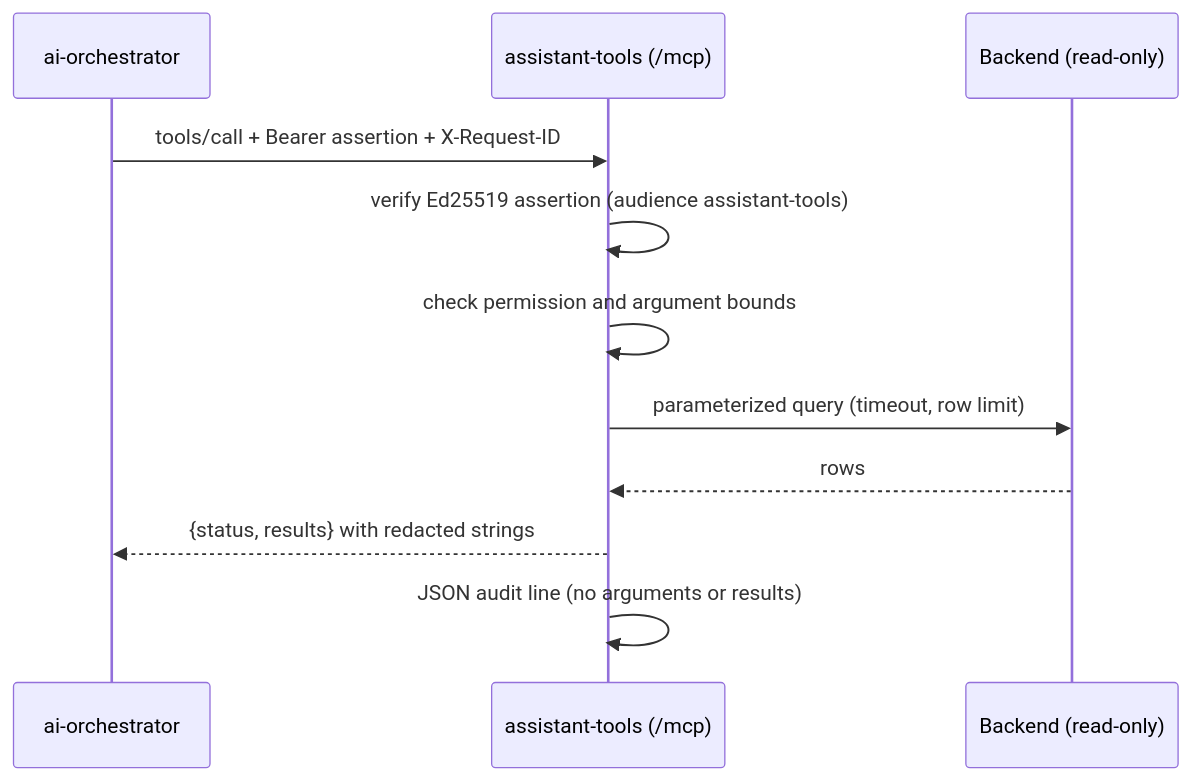
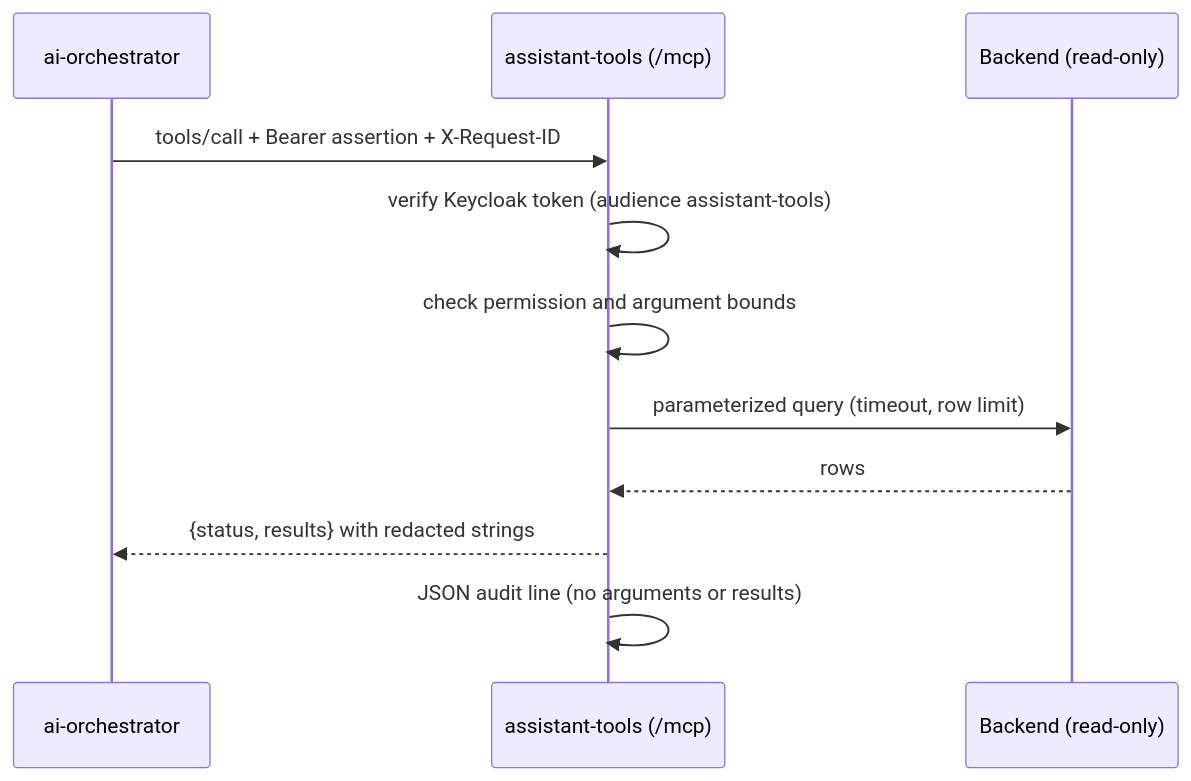
Before and after one commit to varunpathania86/realtime-payment-platform: the diagram in modules/assistant-tools/README.md, drawn with Mermaid. The commit also changed other lines of this file and 198 other files, not shown here.

````diff
--- a/modules/assistant-tools/README.md
+++ b/modules/assistant-tools/README.md
@@ -19,13 +27,13 @@
 ```mermaid
 sequenceDiagram
     participant O as ai-orchestrator
     participant T as assistant-tools (/mcp)
     participant B as Backend (read-only)
     O->>T: tools/call + Bearer assertion + X-Request-ID
-    T->>T: verify Ed25519 assertion (audience assistant-tools)
+    T->>T: verify Keycloak token (audience assistant-tools)
     T->>T: check permission and argument bounds
     T->>B: parameterized query (timeout, row limit)
     B-->>T: rows
     T-->>O: {status, results} with redacted strings
     T->>T: JSON audit line (no arguments or results)
 ```
````
